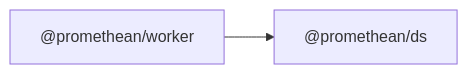
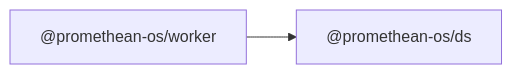
Before and after one commit to octave-commons/promethean: the diagram in docs/packages/worker/README.md, drawn with Mermaid. The commit also changed other lines of this file and 1753 other files, not shown here.

````diff
--- a/docs/packages/worker/README.md
+++ b/docs/packages/worker/README.md
@@ -14,7 +14,7 @@
 ```mermaid
 graph LR
-  A["@promethean/worker"]
-  D1["@promethean/ds"]
-  A --> D1["@promethean/ds"]
-  click D1 "../ds/README.md" "@promethean/ds"
+  A["@promethean-os/worker"]
+  D1["@promethean-os/ds"]
+  A --> D1["@promethean-os/ds"]
+  click D1 "../ds/README.md" "@promethean-os/ds"
 ```
````
